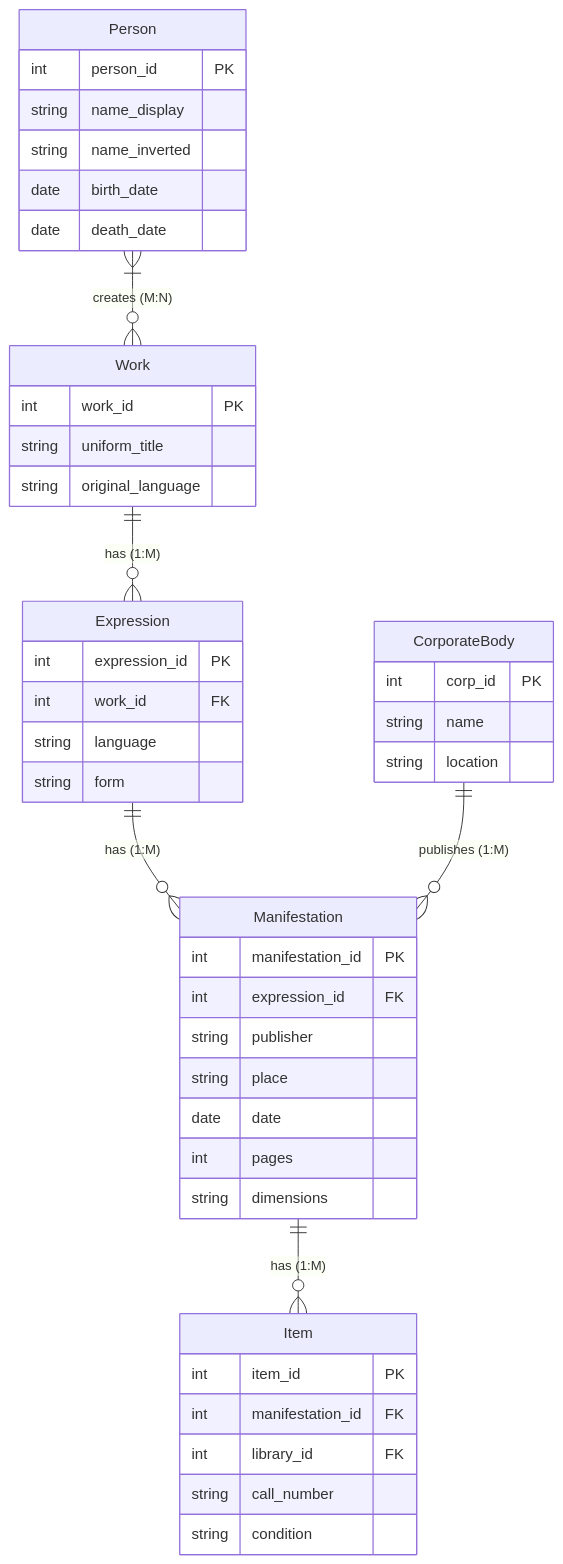
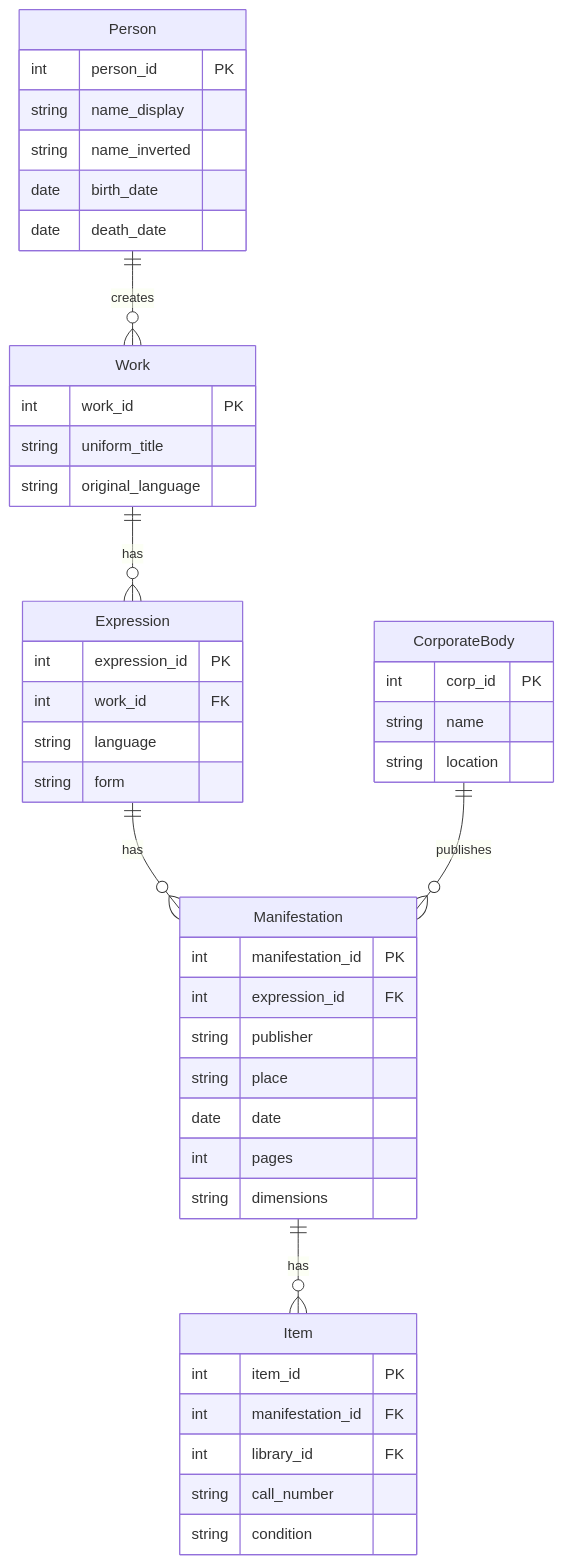
One commit to sreent/data-management-intro changed the first of 2 diagrams in past-exam-papers/mock-october-2025/solution-sheet-mock-october-2025.md. Above: the diagram before and after it, drawn with Mermaid. The commit also changed other lines of this file, not shown here.

First line of the commit message:
Fix Mermaid syntax errors for version 11.10.0 compatibility

````diff
--- a/past-exam-papers/mock-october-2025/solution-sheet-mock-october-2025.md
+++ b/past-exam-papers/mock-october-2025/solution-sheet-mock-october-2025.md
@@ -258,48 +258,48 @@
 ```mermaid
 erDiagram
-    Person }|--o{ Work : "creates (M:N)"
-    Work ||--o{ Expression : "has (1:M)"
-    Expression ||--o{ Manifestation : "has (1:M)"
-    CorporateBody ||--o{ Manifestation : "publishes (1:M)"
-    Manifestation ||--o{ Item : "has (1:M)"
+    Person ||--o{ Work : "creates"
+    Work ||--o{ Expression : "has"
+    Expression ||--o{ Manifestation : "has"
+    CorporateBody ||--o{ Manifestation : "publishes"
+    Manifestation ||--o{ Item : "has"
 
     Person {
         int person_id PK
         string name_display
         string name_inverted
         date birth_date
         date death_date
     }
     Work {
         int work_id PK
         string uniform_title
         string original_language
     }
     Expression {
         int expression_id PK
         int work_id FK
         string language
         string form
     }
     Manifestation {
         int manifestation_id PK
         int expression_id FK
         string publisher
         string place
         date date
         int pages
         string dimensions
     }
     Item {
         int item_id PK
         int manifestation_id FK
         int library_id FK
         string call_number
         string condition
     }
     CorporateBody {
         int corp_id PK
         string name
         string location
     }
 ```
````
